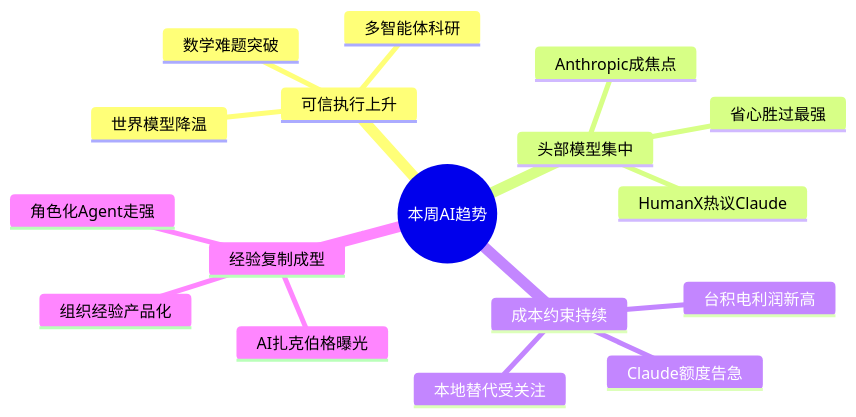
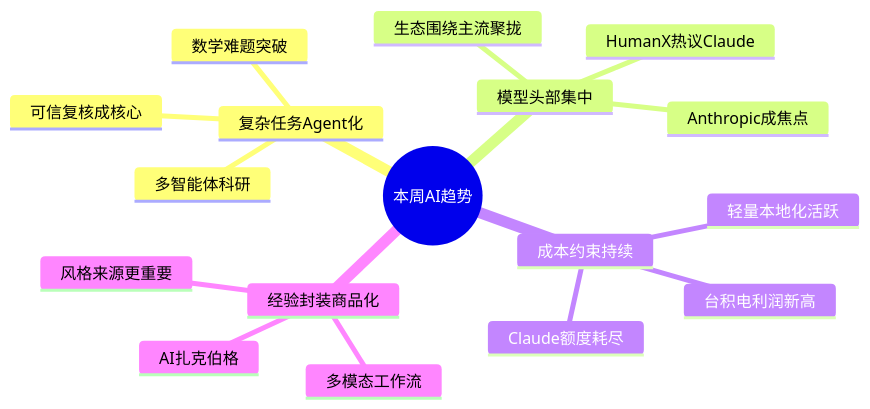
Before and after one commit to ylzsdafei/ai-daily-site: the fourth of 4 diagrams in content/cn/blog/weekly/2026-W16.md, drawn with Mermaid. The commit also changed other lines of this file and 1 other file, not shown here.

Commit message:
feat: 周报大字报 + 增强 Mermaid 图谱（着色分层+思维导图）

````diff
--- a/content/cn/blog/weekly/2026-W16.md
+++ b/content/cn/blog/weekly/2026-W16.md
@@ -202,20 +188,20 @@
 ```mermaid
 mindmap
   root((本周AI趋势))
-    可信执行上升
+    复杂任务Agent化
       数学难题突破
       多智能体科研
-      世界模型降温
-    头部模型集中
+      可信复核成核心
+    模型头部集中
       HumanX热议Claude
       Anthropic成焦点
-      省心胜过最强
+      生态围绕主流聚拢
     成本约束持续
       台积电利润新高
-      Claude额度告急
-      本地替代受关注
-    经验复制成型
-      AI扎克伯格曝光
-      组织经验产品化
-      角色化Agent走强
+      Claude额度耗尽
+      轻量本地化活跃
+    经验封装商品化
+      AI扎克伯格
+      多模态工作流
+      风格来源更重要
 ```
````
